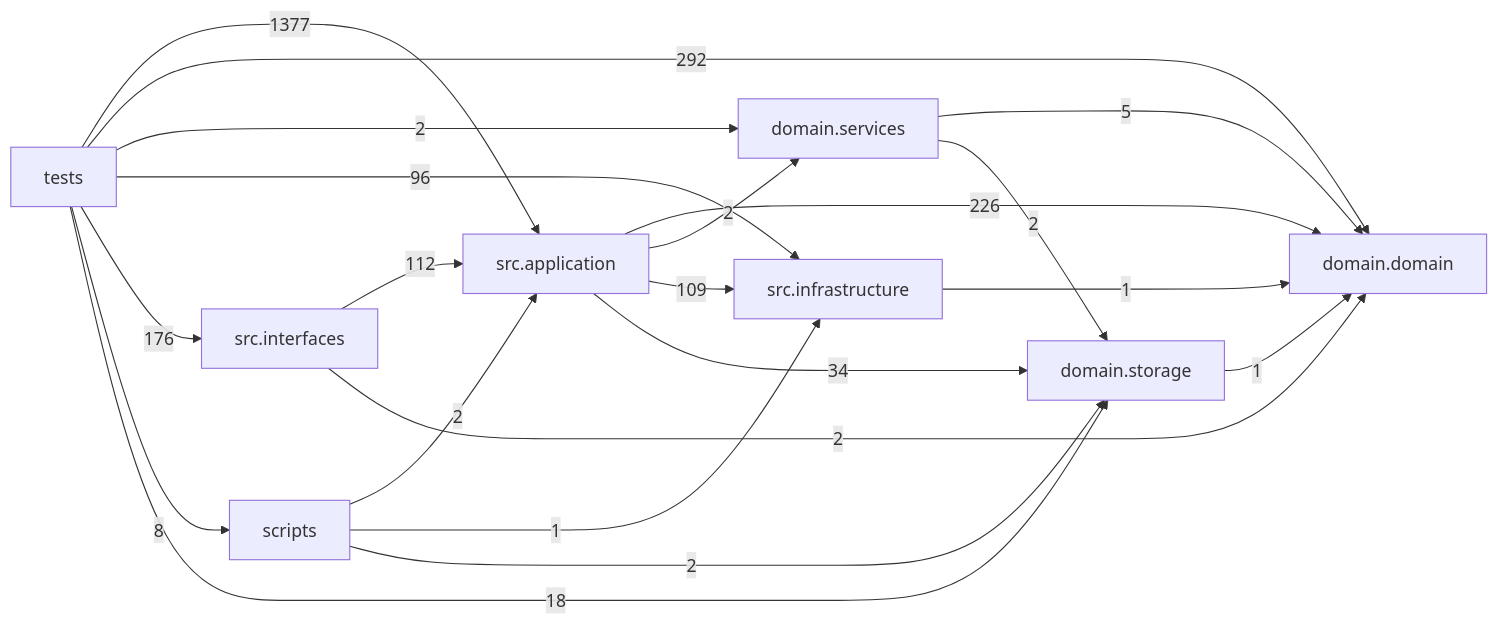
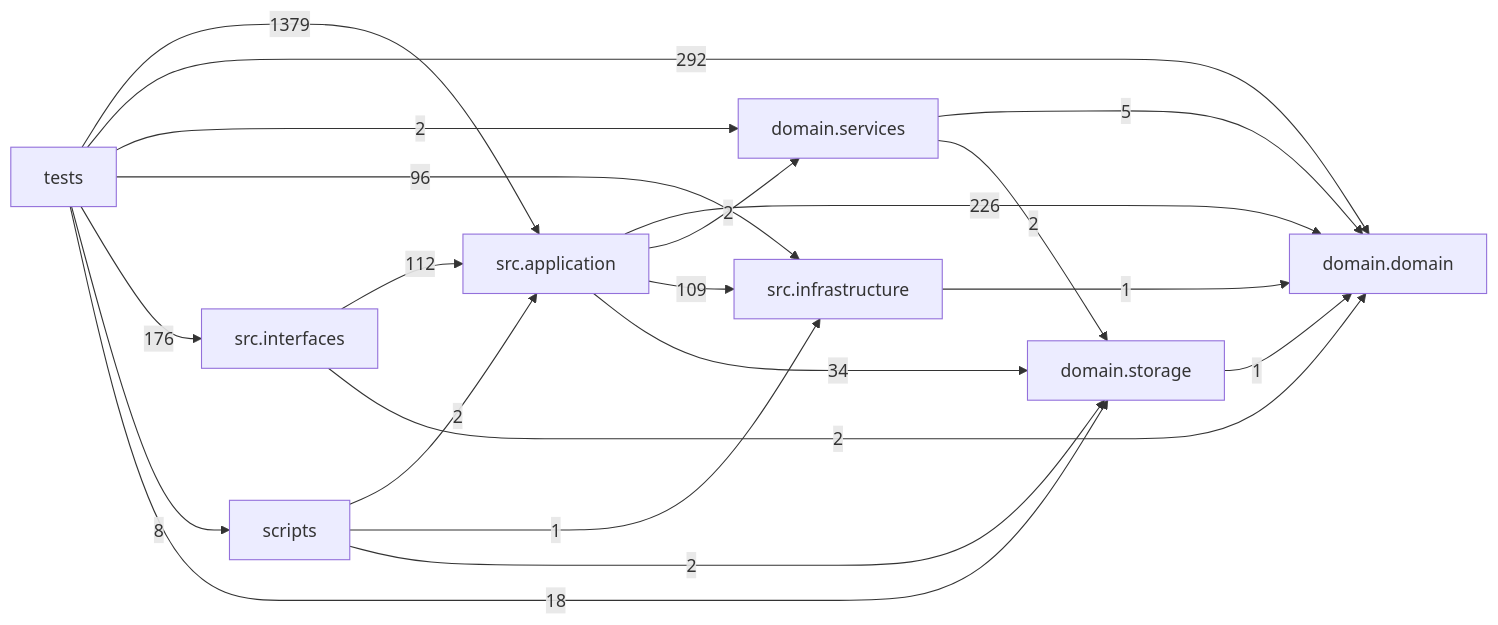
One commit to liuxie066/options-monitor changed the diagram in docs/DEPENDENCY_GRAPH.md. Above: the diagram before and after it, drawn with Mermaid. The commit also changed other lines of this file and 12 other files, not shown here.

Commit message:
fix: validate tool input schemas

````diff
--- a/docs/DEPENDENCY_GRAPH.md
+++ b/docs/DEPENDENCY_GRAPH.md
@@ -24,31 +24,31 @@
 ```mermaid
 flowchart LR
   tests["tests"]
   scripts["scripts"]
   interfaces["src.interfaces"]
   application["src.application"]
   infrastructure["src.infrastructure"]
   domain_services["domain.services"]
   domain["domain.domain"]
   storage["domain.storage"]
   application -->|226| domain
   application -->|2| domain_services
   application -->|109| infrastructure
   application -->|34| storage
   domain_services -->|5| domain
   domain_services -->|2| storage
   infrastructure -->|1| domain
   interfaces -->|112| application
   interfaces -->|2| domain
   scripts -->|2| application
   scripts -->|1| infrastructure
   scripts -->|2| storage
   storage -->|1| domain
-  tests -->|1377| application
+  tests -->|1379| application
   tests -->|292| domain
   tests -->|2| domain_services
   tests -->|96| infrastructure
   tests -->|176| interfaces
   tests -->|8| scripts
   tests -->|18| storage
 ```
````
